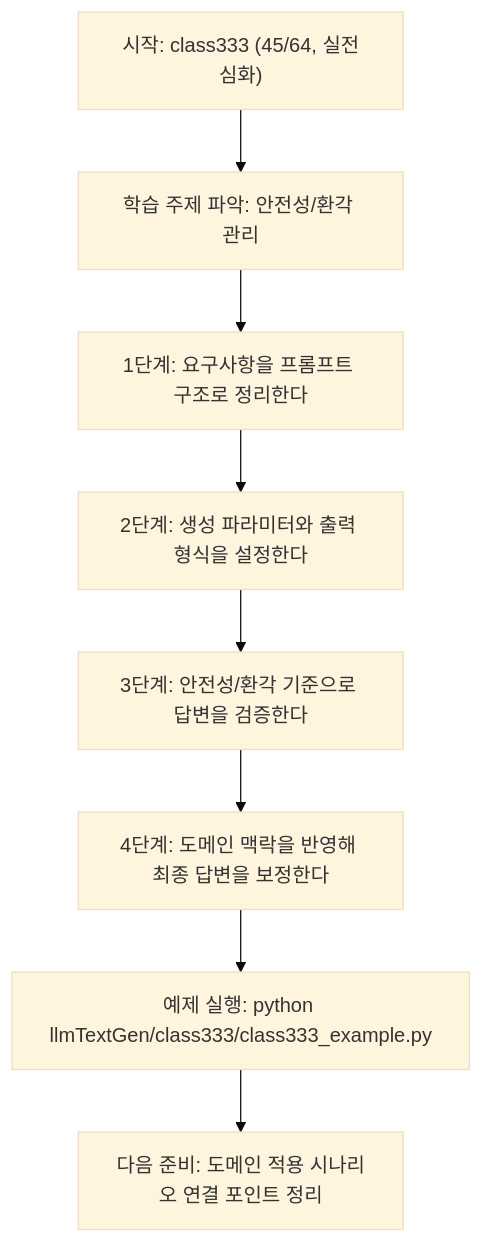
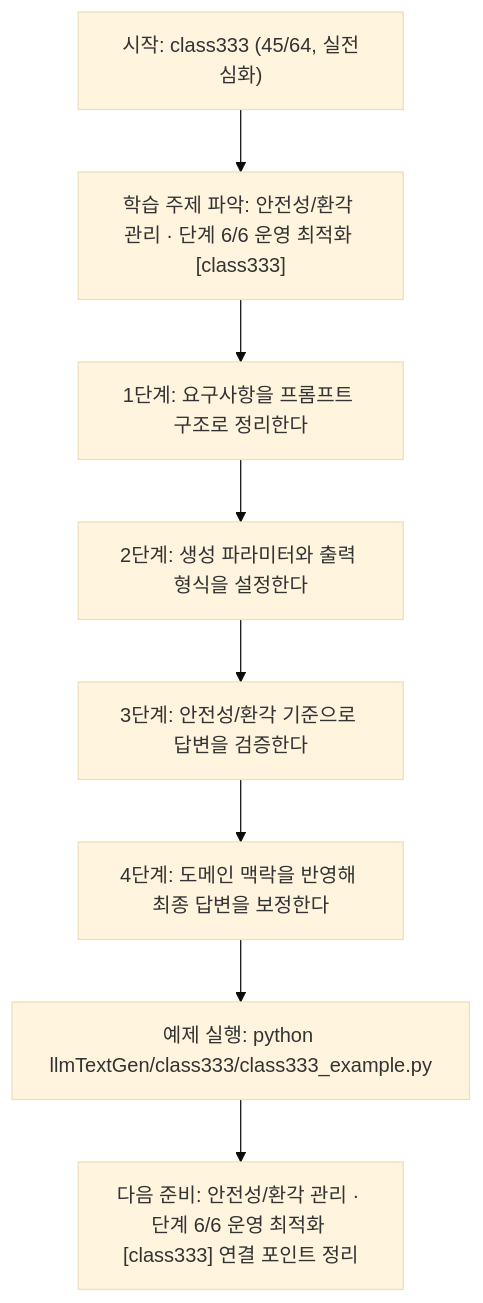
Before and after one commit to edumgt/Python-AI_Agent-Class: the diagram in llmTextGen/class333/class333.md, drawn with Mermaid (base theme). The commit also changed other lines of this file and 522 other files, not shown here.

````diff
--- a/llmTextGen/class333/class333.md
+++ b/llmTextGen/class333/class333.md
@@ -113,18 +114,18 @@
 ```mermaid
 flowchart TD
 N1["시작: class333 (45/64, 실전심화)"]
-N2["학습 주제 파악: 안전성/환각 관리"]
+N2["학습 주제 파악: 안전성/환각 관리 · 단계 6/6 운영 최적화 [class333]"]
 N3["1단계: 요구사항을 프롬프트 구조로 정리한다"]
 N4["2단계: 생성 파라미터와 출력 형식을 설정한다"]
 N5["3단계: 안전성/환각 기준으로 답변을 검증한다"]
 N6["4단계: 도메인 맥락을 반영해 최종 답변을 보정한다"]
 N7["예제 실행: python llmTextGen/class333/class333_example.py"]
-N8["다음 준비: 도메인 적용 시나리오 연결 포인트 정리"]
+N8["다음 준비: 안전성/환각 관리 · 단계 6/6 운영 최적화 [class333] 연결 포인트 정리"]
 N1 --> N2
 N2 --> N3
 N3 --> N4
 N4 --> N5
 N5 --> N6
 N6 --> N7
 N7 --> N8
 ```
````
